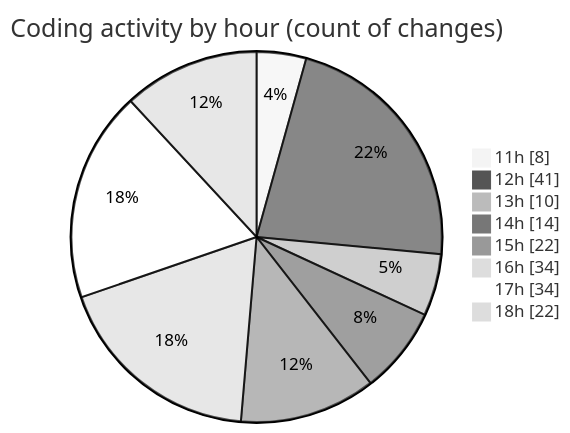
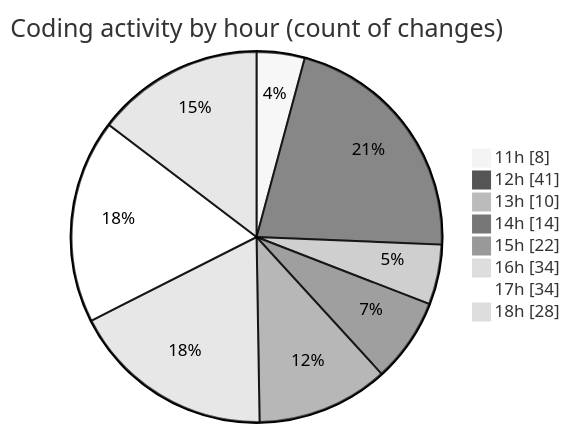
The second of 2 diagrams in 2025-05-04/project/README.md (BS-eng2023/code-tracking), drawn with Mermaid (neutral theme) before and after one commit. The commit also changed other lines of this file and 1 other file, not shown here.

````diff
--- a/2025-05-04/project/README.md
+++ b/2025-05-04/project/README.md
@@ -54,12 +54,12 @@
 ```mermaid
 pie showData
 title Coding activity by hour (count of changes)
 "11h" : 8
 "12h" : 41
 "13h" : 10
 "14h" : 14
 "15h" : 22
 "16h" : 34
 "17h" : 34
-"18h" : 22
+"18h" : 28
 ```
````
